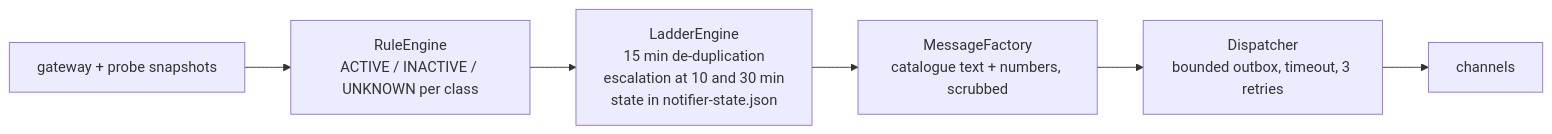
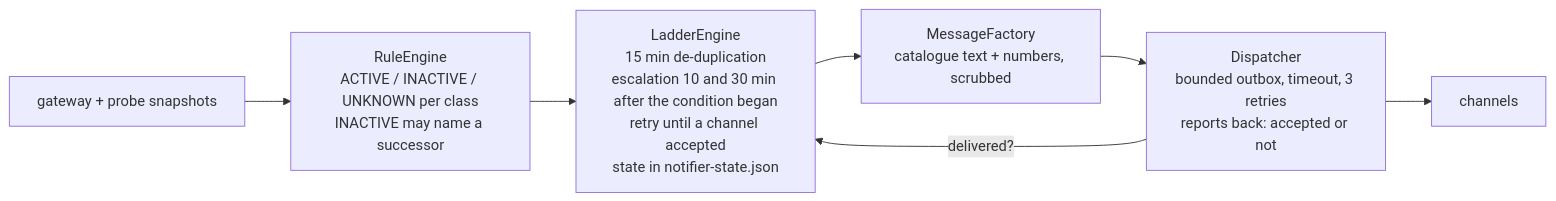
The fifth of 5 diagrams in docs/sidecar.md (RocketEdge/brokersre-ib-gateway), drawn with Mermaid before and after one commit. The commit also changed other lines of this file and 5 other files, not shown here.

````diff
--- a/docs/sidecar.md
+++ b/docs/sidecar.md
@@ -130,8 +187,9 @@
 ```mermaid
 flowchart LR
-  snap["gateway + probe snapshots"] --> rules["RuleEngine<br/>ACTIVE / INACTIVE / UNKNOWN per class"]
-  rules --> ladder["LadderEngine<br/>15 min de-duplication<br/>escalation at 10 and 30 min<br/>state in notifier-state.json"]
+  snap["gateway + probe snapshots"] --> rules["RuleEngine<br/>ACTIVE / INACTIVE / UNKNOWN per class<br/>INACTIVE may name a successor"]
+  rules --> ladder["LadderEngine<br/>15 min de-duplication<br/>escalation 10 and 30 min after the condition began<br/>retry until a channel accepted<br/>state in notifier-state.json"]
   ladder --> factory["MessageFactory<br/>catalogue text + numbers, scrubbed"]
-  factory --> disp["Dispatcher<br/>bounded outbox, timeout, 3 retries"]
+  factory --> disp["Dispatcher<br/>bounded outbox, timeout, 3 retries<br/>reports back: accepted or not"]
   disp --> ch["channels"]
+  disp -- "delivered?" --> ladder
 ```
````
